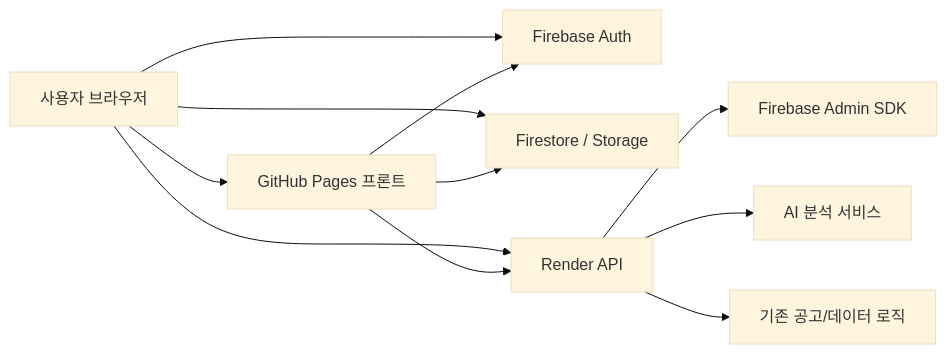
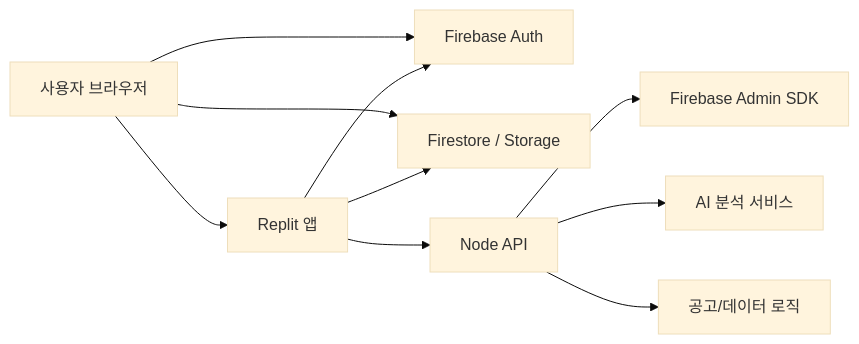
One commit to yang-yun-seok/Portfolio-Coach changed the diagram in docs/firebase-auth-submission-architecture.md. Above: the diagram before and after it, drawn with Mermaid (base theme). The commit also changed other lines of this file and 1 other file, not shown here.

Commit message:
Align docs with private GitHub and Replit target

````diff
--- a/docs/firebase-auth-submission-architecture.md
+++ b/docs/firebase-auth-submission-architecture.md
@@ -95,13 +116,12 @@
 ```mermaid
 flowchart LR
-  A["사용자 브라우저"] --> B["GitHub Pages 프론트"]
+  A["사용자 브라우저"] --> B["Replit 앱"]
   A --> C["Firebase Auth"]
   A --> D["Firestore / Storage"]
-  A --> E["Render API"]
+  B --> E["Node API"]
   E --> F["Firebase Admin SDK"]
   E --> G["AI 분석 서비스"]
-  E --> H["기존 공고/데이터 로직"]
-  B --> E
+  E --> H["공고/데이터 로직"]
   B --> C
   B --> D
 ```
````
